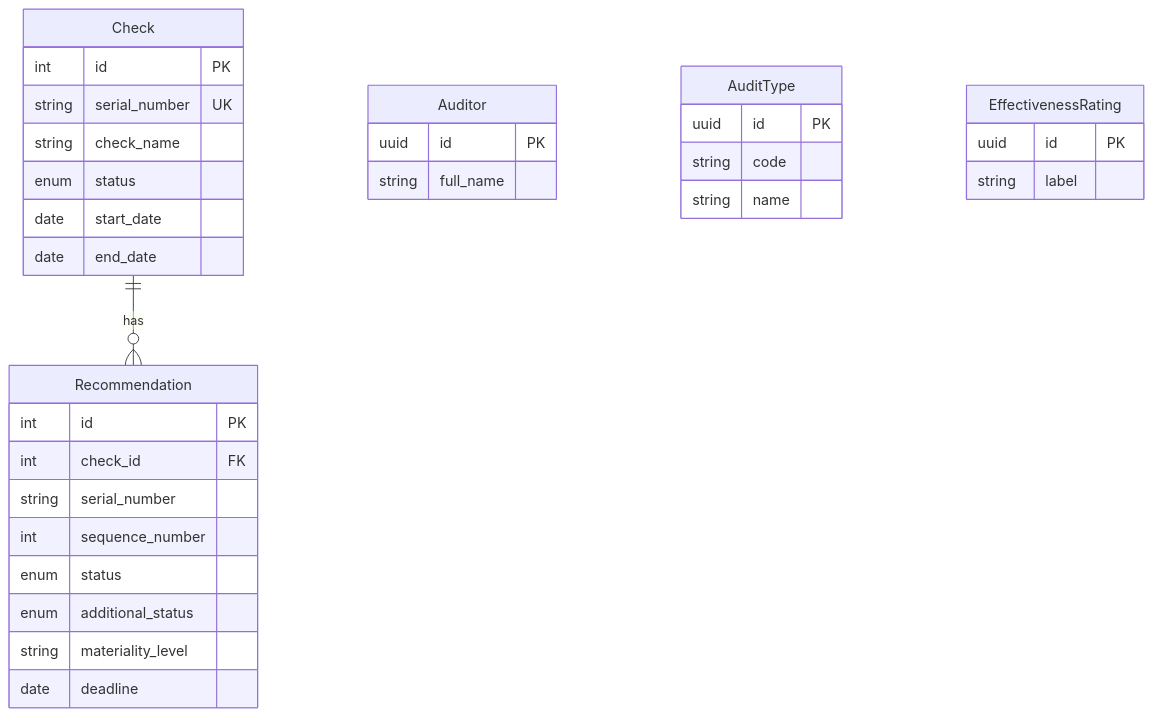
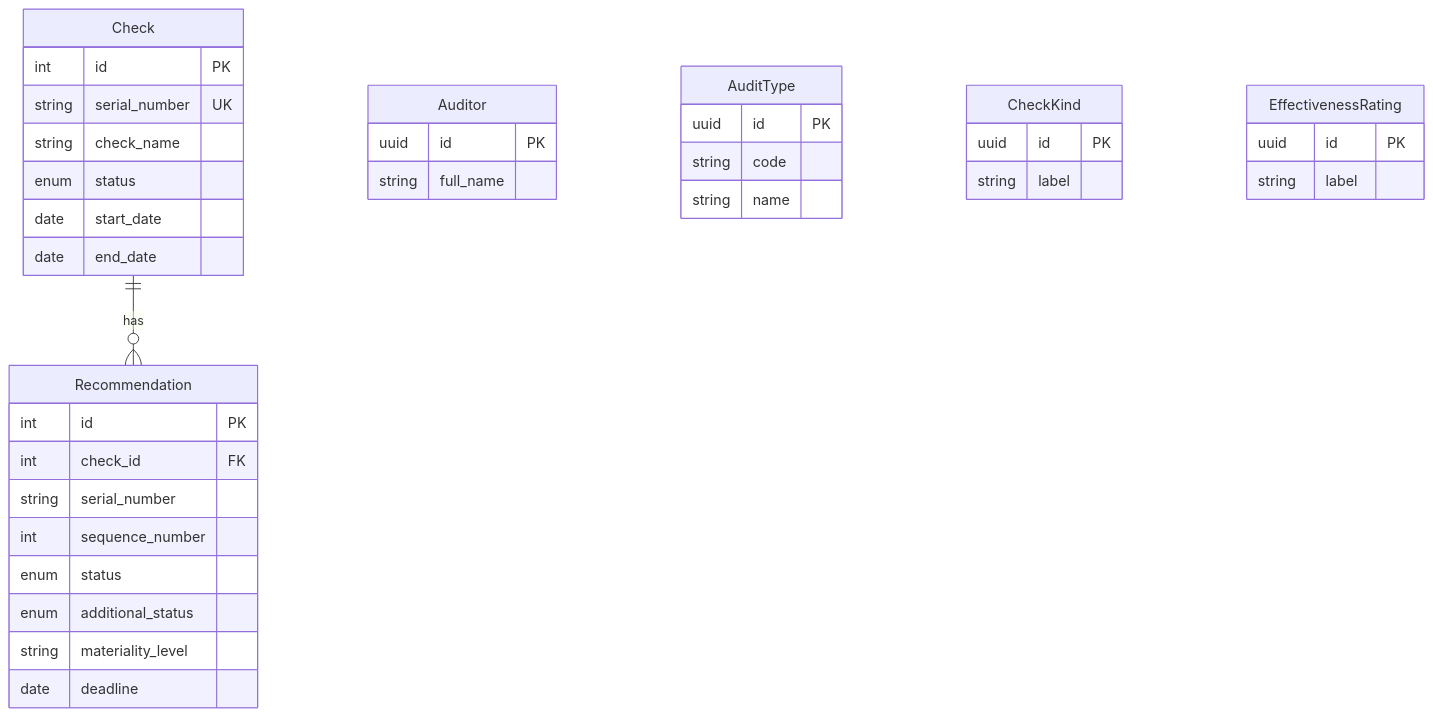
Before and after one commit to sweetd0vee/sokol: the second of 6 diagrams in sokol-backend/docs/ARCHITECTURE.md, drawn with Mermaid. The commit also changed other lines of this file and 23 other files, not shown here.

````diff
--- a/sokol-backend/docs/ARCHITECTURE.md
+++ b/sokol-backend/docs/ARCHITECTURE.md
@@ -122,35 +123,39 @@
 ```mermaid
 erDiagram
   Check ||--o{ Recommendation : has
   Check {
     int id PK
     string serial_number UK
     string check_name
     enum status
     date start_date
     date end_date
   }
   Recommendation {
     int id PK
     int check_id FK
     string serial_number
     int sequence_number
     enum status
     enum additional_status
     string materiality_level
     date deadline
   }
   Auditor {
     uuid id PK
     string full_name
   }
   AuditType {
     uuid id PK
     string code
     string name
   }
+  CheckKind {
+    uuid id PK
+    string label
+  }
   EffectivenessRating {
     uuid id PK
     string label
   }
 ```
````
